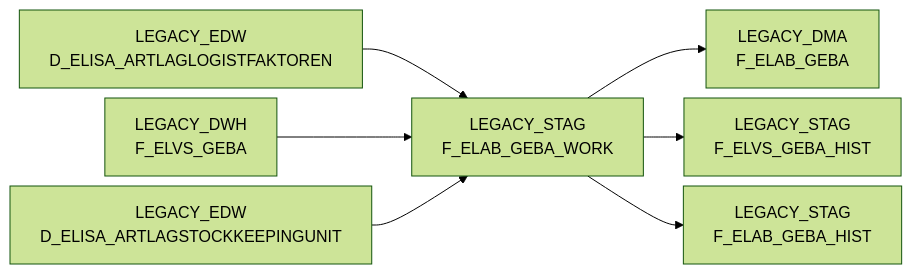
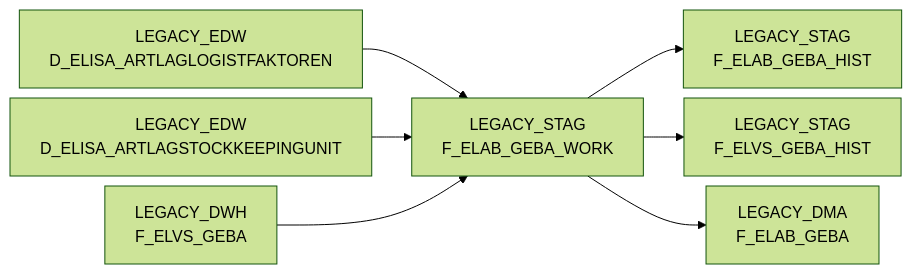
The diagram in docs/Tables/LEGACY_STAG/F_ELAB_GEBA_WORK.md (integration-factory-de/sas_code_docs), drawn with Mermaid (forest theme) before and after one commit. The commit also changed other lines of this file and 129 other files, not shown here.

````diff
--- a/docs/Tables/LEGACY_STAG/F_ELAB_GEBA_WORK.md
+++ b/docs/Tables/LEGACY_STAG/F_ELAB_GEBA_WORK.md
@@ -9,24 +13,24 @@
 ```mermaid
 %%{init: {'flowchart': { 'nodeSpacing': 10, 'rankSpacing': 40, 'rankdir': 'TB' }}}%%
 
 flowchart LR
 
+  LEGACY_STAG.F_ELAB_GEBA_WORK["LEGACY_STAG<br/>F_ELAB_GEBA_WORK"] --> LEGACY_STAG.F_ELAB_GEBA_HIST["LEGACY_STAG<br/>F_ELAB_GEBA_HIST"]
+  LEGACY_EDW.D_ELISA_ARTLAGLOGISTFAKTOREN["LEGACY_EDW<br/>D_ELISA_ARTLAGLOGISTFAKTOREN"] --> LEGACY_STAG.F_ELAB_GEBA_WORK["LEGACY_STAG<br/>F_ELAB_GEBA_WORK"]
+  LEGACY_EDW.D_ELISA_ARTLAGSTOCKKEEPINGUNIT["LEGACY_EDW<br/>D_ELISA_ARTLAGSTOCKKEEPINGUNIT"] --> LEGACY_STAG.F_ELAB_GEBA_WORK["LEGACY_STAG<br/>F_ELAB_GEBA_WORK"]
+  LEGACY_STAG.F_ELAB_GEBA_WORK["LEGACY_STAG<br/>F_ELAB_GEBA_WORK"] --> LEGACY_STAG.F_ELVS_GEBA_HIST["LEGACY_STAG<br/>F_ELVS_GEBA_HIST"]
   LEGACY_STAG.F_ELAB_GEBA_WORK["LEGACY_STAG<br/>F_ELAB_GEBA_WORK"] --> LEGACY_DMA.F_ELAB_GEBA["LEGACY_DMA<br/>F_ELAB_GEBA"]
-  LEGACY_EDW.D_ELISA_ARTLAGLOGISTFAKTOREN["LEGACY_EDW<br/>D_ELISA_ARTLAGLOGISTFAKTOREN"] --> LEGACY_STAG.F_ELAB_GEBA_WORK["LEGACY_STAG<br/>F_ELAB_GEBA_WORK"]
-  LEGACY_STAG.F_ELAB_GEBA_WORK["LEGACY_STAG<br/>F_ELAB_GEBA_WORK"] --> LEGACY_STAG.F_ELVS_GEBA_HIST["LEGACY_STAG<br/>F_ELVS_GEBA_HIST"]
   LEGACY_DWH.F_ELVS_GEBA["LEGACY_DWH<br/>F_ELVS_GEBA"] --> LEGACY_STAG.F_ELAB_GEBA_WORK["LEGACY_STAG<br/>F_ELAB_GEBA_WORK"]
-  LEGACY_EDW.D_ELISA_ARTLAGSTOCKKEEPINGUNIT["LEGACY_EDW<br/>D_ELISA_ARTLAGSTOCKKEEPINGUNIT"] --> LEGACY_STAG.F_ELAB_GEBA_WORK["LEGACY_STAG<br/>F_ELAB_GEBA_WORK"]
-  LEGACY_STAG.F_ELAB_GEBA_WORK["LEGACY_STAG<br/>F_ELAB_GEBA_WORK"] --> LEGACY_STAG.F_ELAB_GEBA_HIST["LEGACY_STAG<br/>F_ELAB_GEBA_HIST"]
   click LEGACY_STAG.F_ELAB_GEBA_WORK "../../tables/LEGACY_STAG/F_ELAB_GEBA_WORK"
   click LEGACY_EDW.D_ELISA_ARTLAGLOGISTFAKTOREN "../../tables/LEGACY_EDW/D_ELISA_ARTLAGLOGISTFAKTOREN"
+  click LEGACY_EDW.D_ELISA_ARTLAGSTOCKKEEPINGUNIT "../../tables/LEGACY_EDW/D_ELISA_ARTLAGSTOCKKEEPINGUNIT"
+  click LEGACY_STAG.F_ELAB_GEBA_WORK "../../tables/LEGACY_STAG/F_ELAB_GEBA_WORK"
   click LEGACY_STAG.F_ELAB_GEBA_WORK "../../tables/LEGACY_STAG/F_ELAB_GEBA_WORK"
   click LEGACY_DWH.F_ELVS_GEBA "../../tables/LEGACY_DWH/F_ELVS_GEBA"
-  click LEGACY_EDW.D_ELISA_ARTLAGSTOCKKEEPINGUNIT "../../tables/LEGACY_EDW/D_ELISA_ARTLAGSTOCKKEEPINGUNIT"
+  click LEGACY_STAG.F_ELAB_GEBA_HIST "../../tables/LEGACY_STAG/F_ELAB_GEBA_HIST"
   click LEGACY_STAG.F_ELAB_GEBA_WORK "../../tables/LEGACY_STAG/F_ELAB_GEBA_WORK"
+  click LEGACY_STAG.F_ELAB_GEBA_WORK "../../tables/LEGACY_STAG/F_ELAB_GEBA_WORK"
+  click LEGACY_STAG.F_ELVS_GEBA_HIST "../../tables/LEGACY_STAG/F_ELVS_GEBA_HIST"
   click LEGACY_DMA.F_ELAB_GEBA "../../tables/LEGACY_DMA/F_ELAB_GEBA"
   click LEGACY_STAG.F_ELAB_GEBA_WORK "../../tables/LEGACY_STAG/F_ELAB_GEBA_WORK"
-  click LEGACY_STAG.F_ELVS_GEBA_HIST "../../tables/LEGACY_STAG/F_ELVS_GEBA_HIST"
-  click LEGACY_STAG.F_ELAB_GEBA_WORK "../../tables/LEGACY_STAG/F_ELAB_GEBA_WORK"
-  click LEGACY_STAG.F_ELAB_GEBA_WORK "../../tables/LEGACY_STAG/F_ELAB_GEBA_WORK"
-  click LEGACY_STAG.F_ELAB_GEBA_HIST "../../tables/LEGACY_STAG/F_ELAB_GEBA_HIST"
 ```
````
